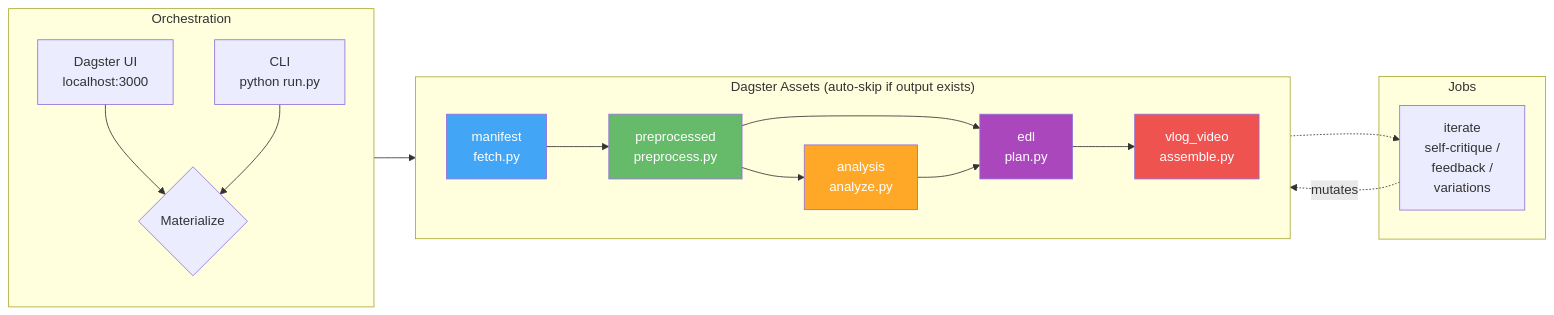
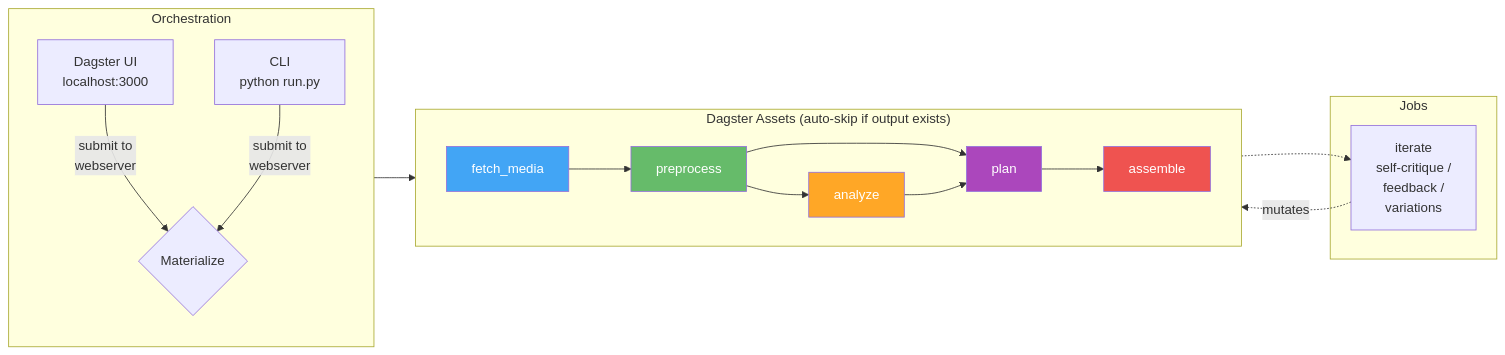
Before and after one commit to Guoyuer/reelsmith: the first of 2 diagrams in README.md, drawn with Mermaid. The commit also changed other lines of this file, not shown here.

First line of the commit message:
Rewrite README to match current architecture

````diff
--- a/README.md
+++ b/README.md
@@ -7,31 +7,31 @@
 ```mermaid
 flowchart LR
     subgraph Orchestration
         direction TB
         DG[Dagster UI<br/>localhost:3000]
         CLI[CLI<br/>python run.py]
-        DG & CLI --> MAT{Materialize}
+        DG & CLI -->|submit to<br/>webserver| MAT{Materialize}
     end
 
     subgraph "Dagster Assets (auto-skip if output exists)"
         direction LR
-        M[manifest<br/>fetch.py] --> P[preprocessed<br/>preprocess.py]
-        P --> AN[analysis<br/>analyze.py]
-        P --> E[edl<br/>plan.py]
-        AN --> E
-        E --> V[vlog_video<br/>assemble.py]
+        FM[fetch_media] --> PP[preprocess]
+        PP --> AN[analyze]
+        PP --> PL[plan]
+        AN --> PL
+        PL --> AS[assemble]
     end
 
     subgraph "Jobs"
         IT[iterate<br/>self-critique /<br/>feedback /<br/>variations]
     end
 
-    MAT --> M
-    V -.-> IT -.->|mutates| E
+    MAT --> FM
+    AS -.-> IT -.->|mutates| PL
 
-    style M fill:#42A5F5,color:#fff
-    style P fill:#66BB6A,color:#fff
+    style FM fill:#42A5F5,color:#fff
+    style PP fill:#66BB6A,color:#fff
     style AN fill:#FFA726,color:#fff
-    style E fill:#AB47BC,color:#fff
-    style V fill:#EF5350,color:#fff
+    style PL fill:#AB47BC,color:#fff
+    style AS fill:#EF5350,color:#fff
 ```
````
